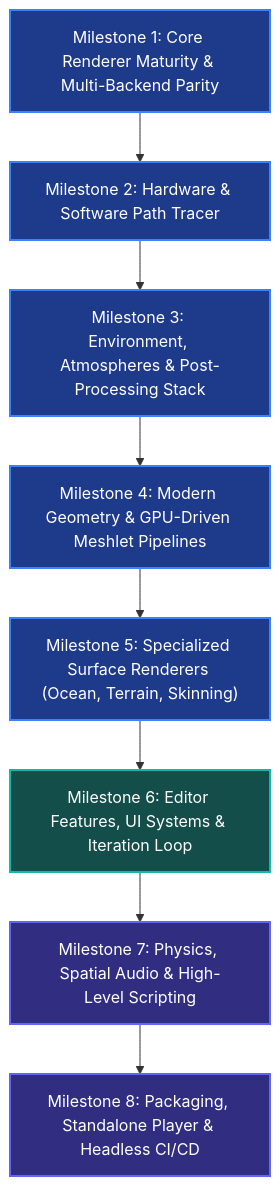
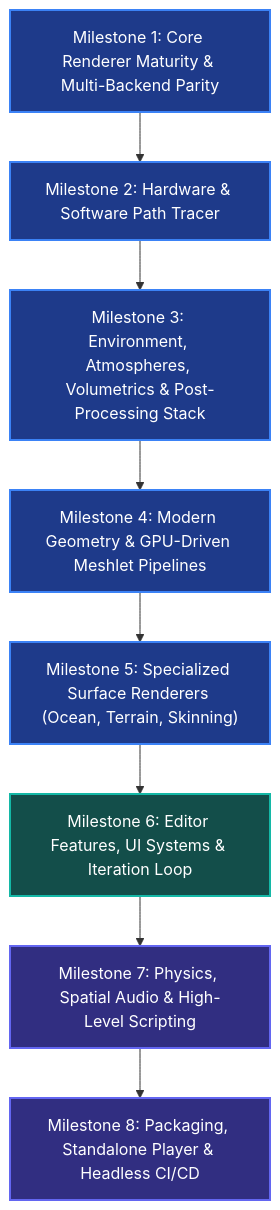
One commit to TianyuCheng/Lyra-Engine changed the diagram in ROADMAP.md. Above: the diagram before and after it, drawn with Mermaid. The commit also changed other lines of this file and 31 other files, not shown here.

````diff
--- a/ROADMAP.md
+++ b/ROADMAP.md
@@ -52,14 +52,14 @@
 ```mermaid
 flowchart TD
     classDef render fill:#1e3a8a,stroke:#3b82f6,stroke-width:2px,color:#fff;
     classDef tools fill:#134e4a,stroke:#14b8a6,stroke-width:2px,color:#fff;
     classDef system fill:#312e81,stroke:#6366f1,stroke-width:2px,color:#fff;
 
     M1["Milestone 1: Core Renderer Maturity & Multi-Backend Parity"]:::render --> M2["Milestone 2: Hardware & Software Path Tracer"]:::render
-    M2 --> M3["Milestone 3: Environment, Atmospheres & Post-Processing Stack"]:::render
+    M2 --> M3["Milestone 3: Environment, Atmospheres, Volumetrics & Post-Processing Stack"]:::render
     M3 --> M4["Milestone 4: Modern Geometry & GPU-Driven Meshlet Pipelines"]:::render
     M4 --> M5["Milestone 5: Specialized Surface Renderers (Ocean, Terrain, Skinning)"]:::render
     M5 --> M6["Milestone 6: Editor Features, UI Systems & Iteration Loop"]:::tools
     M6 --> M7["Milestone 7: Physics, Spatial Audio & High-Level Scripting"]:::system
     M7 --> M8["Milestone 8: Packaging, Standalone Player & Headless CI/CD"]:::system
 ```
````
